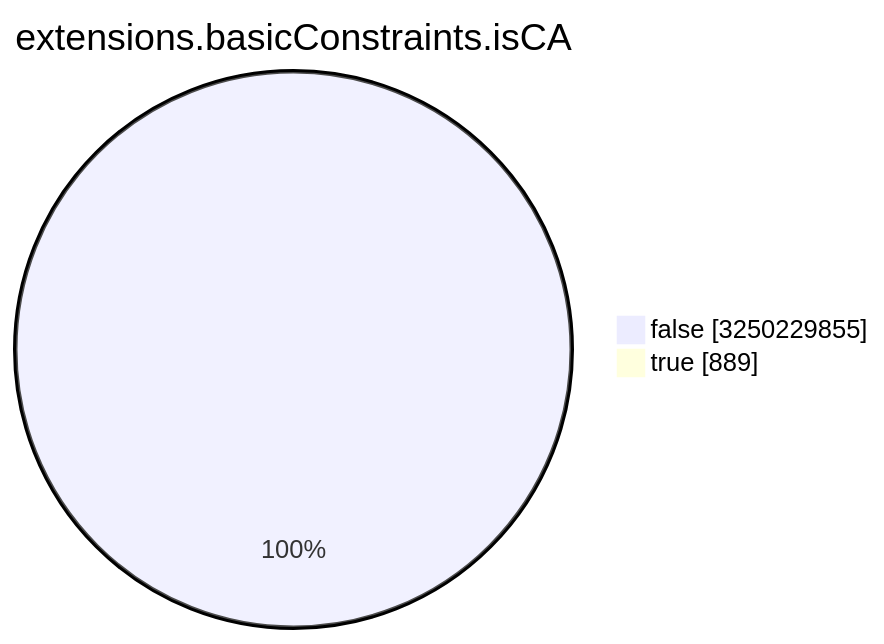
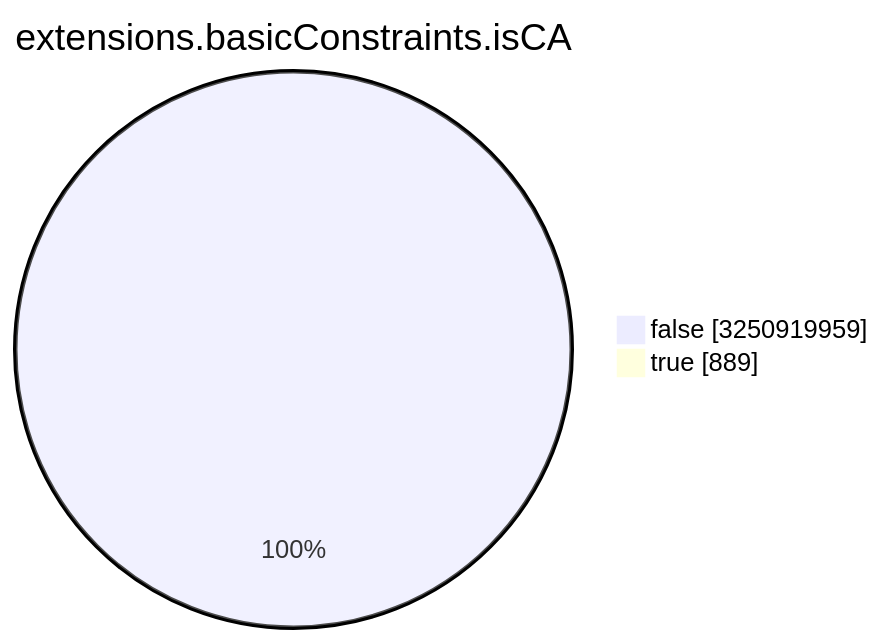
The seventh of 15 diagrams in TOTAL/README.md (christiankrug/ctmonitor_visualization), drawn with Mermaid before and after one commit. The commit also changed other lines of this file, not shown here.

````diff
--- a/TOTAL/README.md
+++ b/TOTAL/README.md
@@ -3088,6 +3088,6 @@
 ```mermaid
 pie showData
 title extensions.basicConstraints.isCA
-"false" :3250229855
+"false" :3250919959
 "true" :889
 ```
````
